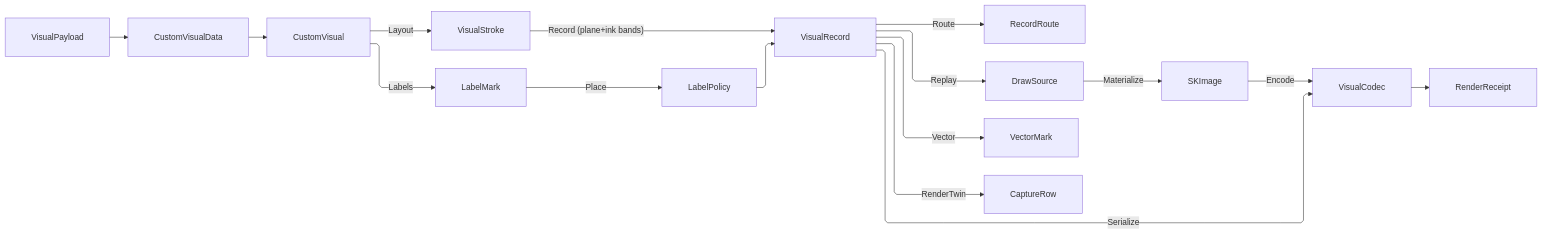
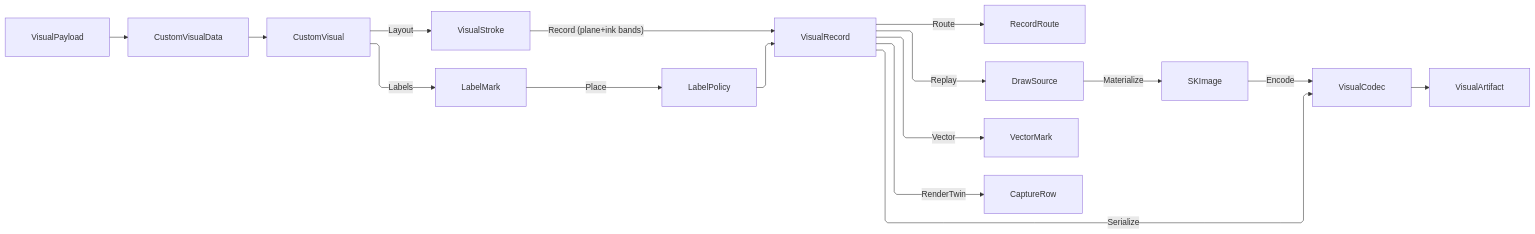
Before and after one commit to bsamiee/Rasm: the diagram in libs/dotnet/Rasm.AppUi/.planning/Charts/custom.md, drawn with Mermaid. The commit also changed other lines of this file and 1417 other files, not shown here.

````diff
--- a/libs/dotnet/Rasm.AppUi/.planning/Charts/custom.md
+++ b/libs/dotnet/Rasm.AppUi/.planning/Charts/custom.md
@@ -1241,27 +1240,27 @@
 ```mermaid
 ---
 config:
   layout: elk
   flowchart:
     curve: linear
     padding: 25
 ---
 flowchart LR
     accTitle: Custom visual materialization
-    accDescr: A closed visual payload packs once into per-element strokes and one sealed record that the live surface and the render twin both replay into one receipt.
+    accDescr: A closed visual payload packs once into per-element strokes and one sealed record that the live surface and the render twin both replay into one artifact.
     VisualPayload --> CustomVisualData
     CustomVisualData --> CustomVisual
     CustomVisual -->|Layout| VisualStroke
     CustomVisual -->|Labels| LabelMark
     LabelMark -->|Place| LabelPolicy
     VisualStroke -->|"Record (plane+ink bands)"| VisualRecord
     LabelPolicy --> VisualRecord
     VisualRecord -->|Route| RecordRoute
     VisualRecord -->|Replay| DrawSource
     DrawSource -->|Materialize| SKImage
     SKImage -->|Encode| VisualCodec
     VisualRecord -->|Serialize| VisualCodec
     VisualRecord -->|Vector| VectorMark
     VisualRecord -->|RenderTwin| CaptureRow
-    VisualCodec --> RenderReceipt
+    VisualCodec --> VisualArtifact
 ```
````
